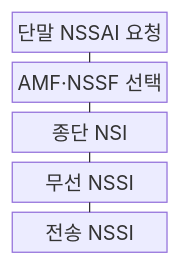
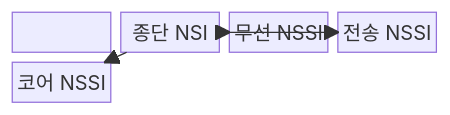
One commit to agnusdei1207/knowledge-base changed the first of 2 diagrams in src/content/docs/notes/04-network/040_nssai_nsi_nssi.md. Above: the diagram before and after it, drawn with Mermaid. The commit also changed other lines of this file and 20 other files, not shown here.

````diff
--- a/src/content/docs/notes/04-network/040_nssai_nsi_nssi.md
+++ b/src/content/docs/notes/04-network/040_nssai_nsi_nssi.md
@@ -50,13 +50,8 @@
 ```mermaid
-block-beta
-    columns 1
-    A["단말 NSSAI 요청"]
-    B["AMF·NSSF 선택"]
-    C["종단 NSI"]
-    D["무선 NSSI"]
-    E["전송 NSSI"]
-    A --- B
-    B --- C
-    C --- D
-    D --- E
+block
+    columns 4
+    A["NSSAI"] --> B["S-NSSAI(SST·SD)"] --> C["AMF·NSSF"] --> D["종단 NSI"]
+    D --> E["무선 NSSI"]
+    D --> F["전송 NSSI"]
+    D --> G["코어 NSSI"]
 ```
````
